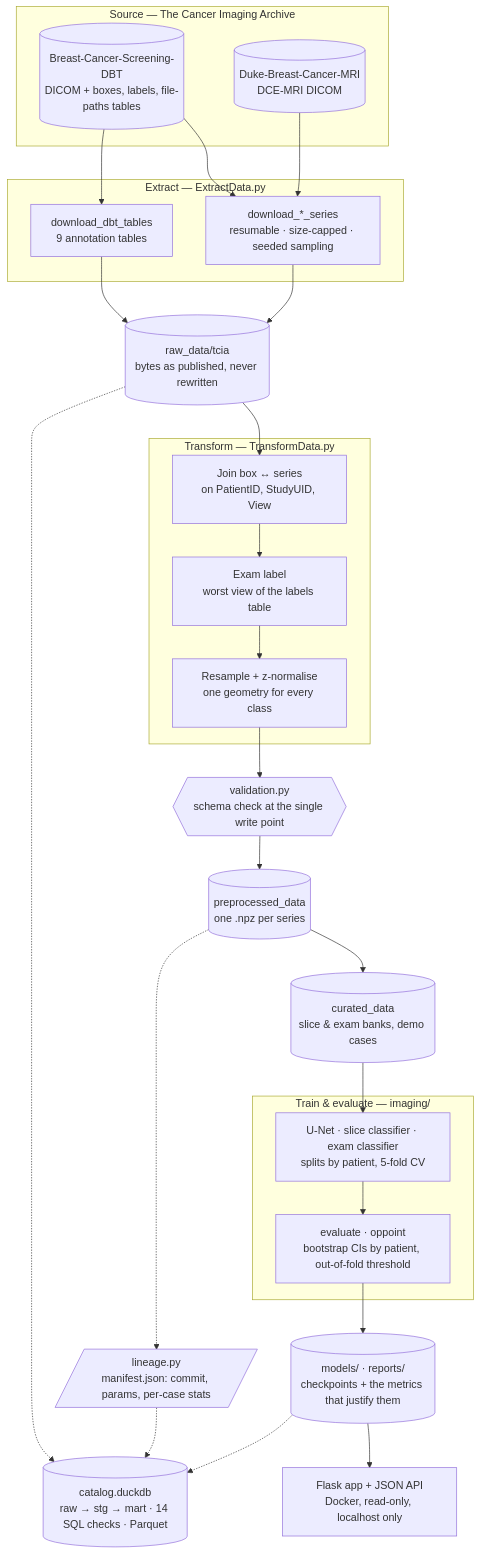
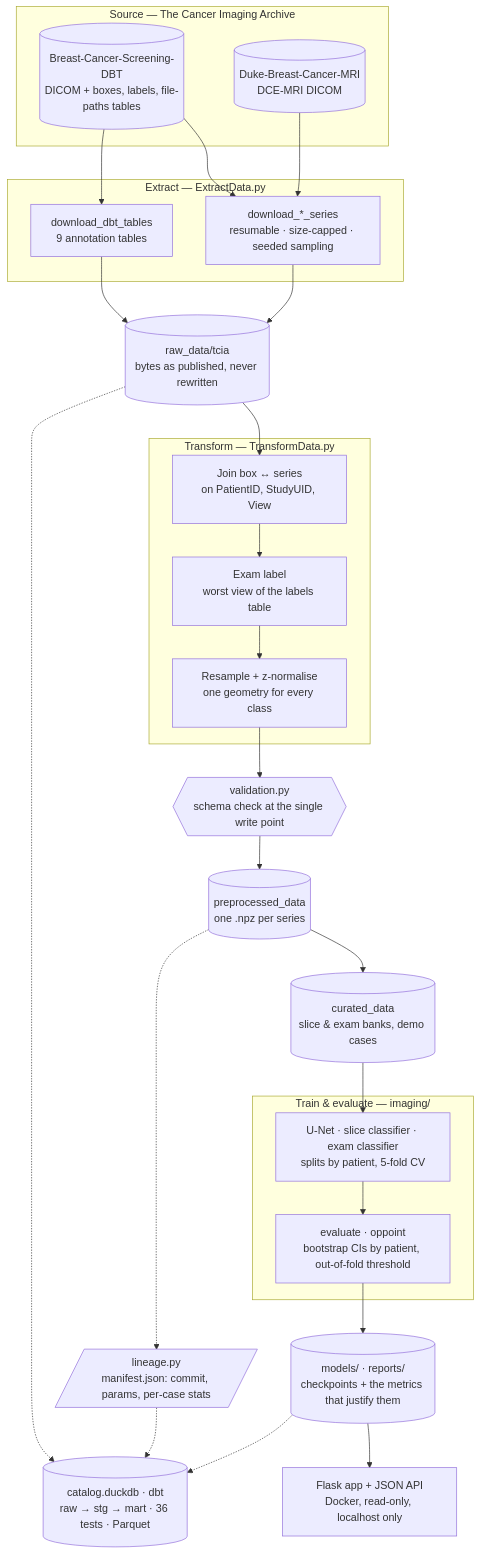
One commit to Elias-Ouafi/breastcancer changed the diagram in README.md. Above: the diagram before and after it, drawn with Mermaid. The commit also changed other lines of this file and 56 other files, not shown here.

````diff
--- a/README.md
+++ b/README.md
@@ -40,48 +40,48 @@
 ```mermaid
 flowchart TB
     subgraph SRC["Source — The Cancer Imaging Archive"]
         DBT[("Breast-Cancer-Screening-DBT<br/>DICOM + boxes, labels, file-paths tables")]
         MRI[("Duke-Breast-Cancer-MRI<br/>DCE-MRI DICOM")]
     end
 
     subgraph EXTRACT["Extract — ExtractData.py"]
         TABLES["download_dbt_tables<br/>9 annotation tables"]
         SERIES["download_*_series<br/>resumable · size-capped · seeded sampling"]
     end
 
     RAW[("raw_data/tcia<br/>bytes as published, never rewritten")]
 
     subgraph TRANSFORM["Transform — TransformData.py"]
         JOIN["Join box ↔ series<br/>on PatientID, StudyUID, View"]
         LABEL["Exam label<br/>worst view of the labels table"]
         GEOM["Resample + z-normalise<br/>one geometry for every class"]
     end
 
     VALID{{"validation.py<br/>schema check at the single write point"}}
     LINEAGE[/"lineage.py<br/>manifest.json: commit, params, per-case stats"/]
     PRE[("preprocessed_data<br/>one .npz per series")]
     CUR[("curated_data<br/>slice & exam banks, demo cases")]
 
     subgraph ML["Train & evaluate — imaging/"]
         TRAIN["U-Net · slice classifier · exam classifier<br/>splits by patient, 5-fold CV"]
         EVAL["evaluate · oppoint<br/>bootstrap CIs by patient, out-of-fold threshold"]
     end
 
     ART[("models/ · reports/<br/>checkpoints + the metrics that justify them")]
     APP["Flask app + JSON API<br/>Docker, read-only, localhost only"]
-    CAT[("catalog.duckdb<br/>raw → stg → mart · 14 SQL checks · Parquet")]
+    CAT[("catalog.duckdb · dbt<br/>raw → stg → mart · 36 tests · Parquet")]
 
     DBT --> TABLES
     DBT --> SERIES
     MRI --> SERIES
     TABLES --> RAW
     SERIES --> RAW
     RAW --> JOIN --> LABEL --> GEOM
     GEOM --> VALID --> PRE
     PRE -.-> LINEAGE
     PRE --> CUR --> TRAIN --> EVAL --> ART
     ART --> APP
     RAW -.-> CAT
     LINEAGE -.-> CAT
     ART -.-> CAT
 ```
````
